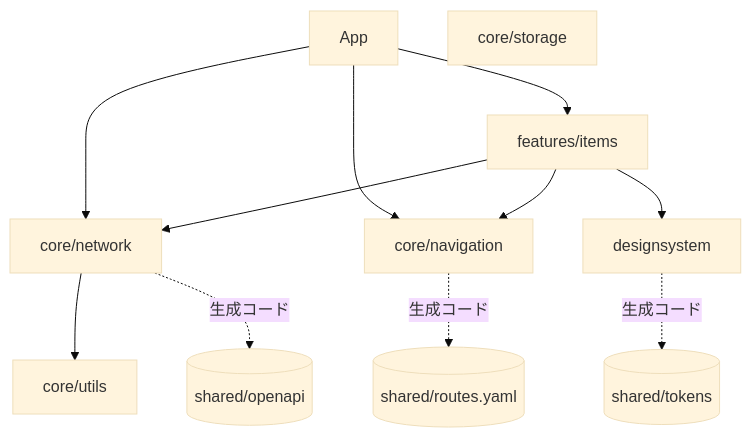
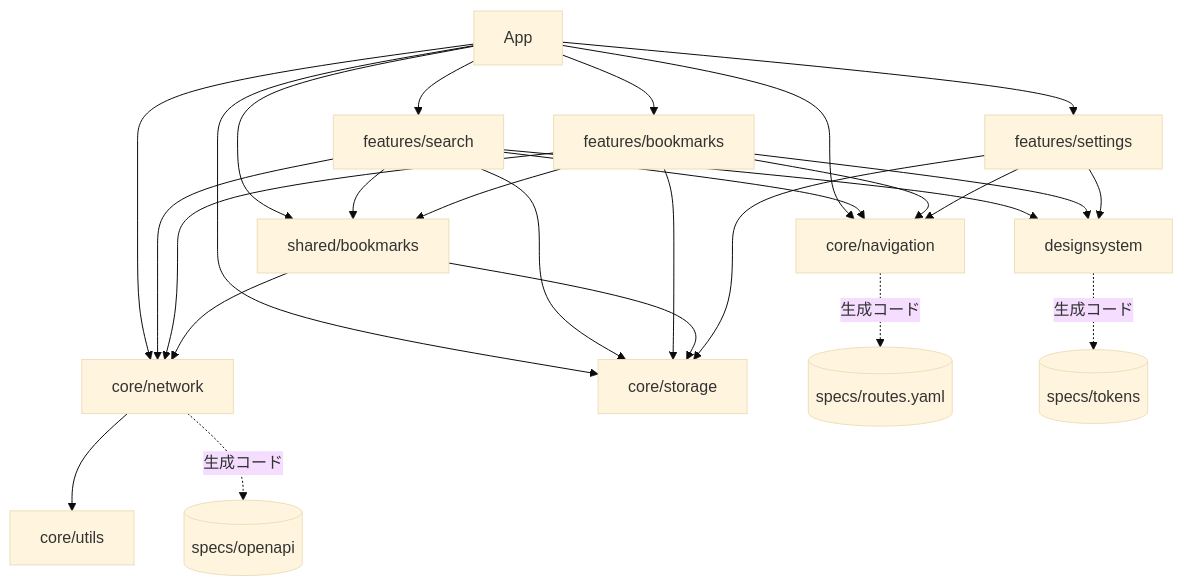
Before and after one commit to imk1t/native-sync-template: the second of 2 diagrams in README.md, drawn with Mermaid (base theme). The commit also changed other lines of this file and 234 other files, not shown here.

````diff
--- a/README.md
+++ b/README.md
@@ -143,14 +151,29 @@
 ```mermaid
 flowchart TD
-    app["App"] --> items["features/items"]
+    app["App"] --> search["features/search"]
+    app --> saved["features/bookmarks"]
+    app --> settings["features/settings"]
+    app --> bookmarks["shared/bookmarks"]
     app --> network["core/network"]
     app --> navigation["core/navigation"]
-    items --> network
-    items --> navigation
-    items --> designsystem
+    app --> storage["core/storage"]
+    search --> bookmarks
+    search --> network
+    search --> navigation
+    search --> storage
+    search --> designsystem
+    saved --> bookmarks
+    saved --> network
+    saved --> navigation
+    saved --> storage
+    saved --> designsystem
+    bookmarks --> storage
+    bookmarks --> network
+    settings --> storage
+    settings --> navigation
+    settings --> designsystem
     network --> utils["core/utils"]
-    network -.->|生成コード| openapi[("shared/openapi")]
-    navigation -.->|生成コード| routes[("shared/routes.yaml")]
-    designsystem -.->|生成コード| tokens[("shared/tokens")]
-    storage["core/storage"]
+    network -.->|生成コード| openapi[("specs/openapi")]
+    navigation -.->|生成コード| routes[("specs/routes.yaml")]
+    designsystem -.->|生成コード| tokens[("specs/tokens")]
 ```
````
